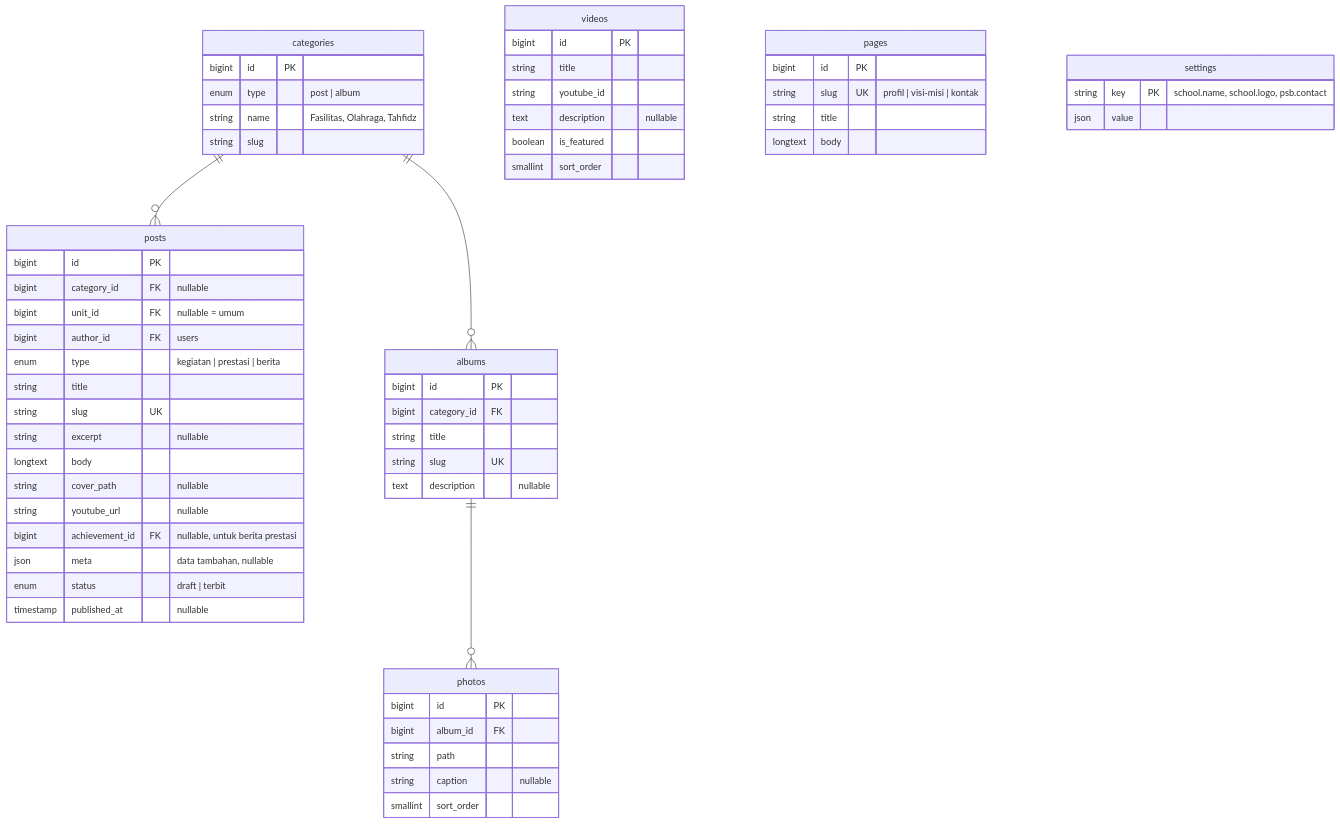
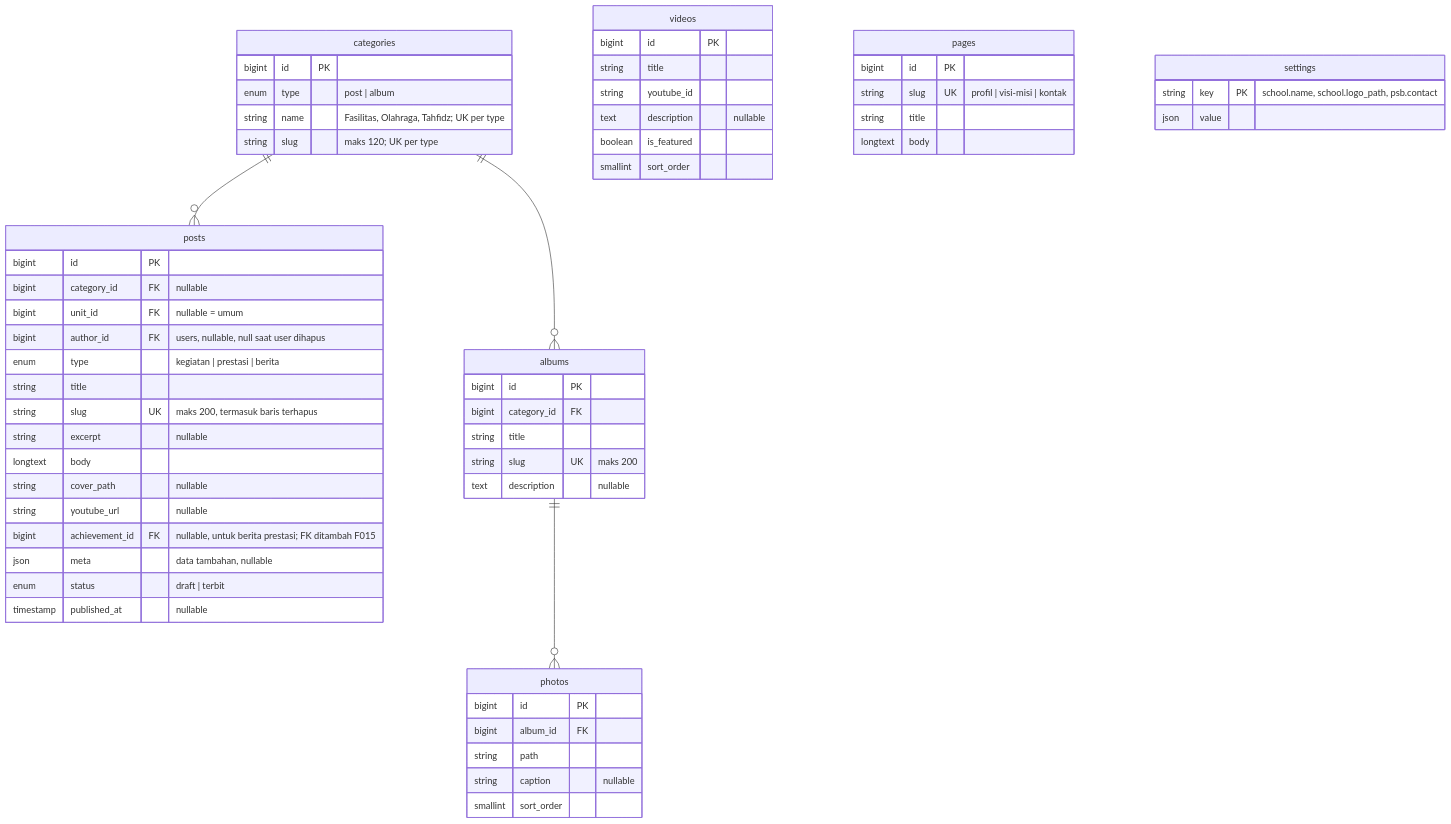
One commit to dankedev/pondok changed the tenth of 11 diagrams in docs/erd.md. Above: the diagram before and after it, drawn with Mermaid. The commit also changed other lines of this file and 2 other files, not shown here.

Commit message:
docs(konten): rencana F016 CMS konten

````diff
--- a/docs/erd.md
+++ b/docs/erd.md
@@ -727,62 +727,62 @@
 ```mermaid
 erDiagram
   categories {
     bigint id PK
     enum type "post | album"
-    string name "Fasilitas, Olahraga, Tahfidz"
-    string slug
+    string name "Fasilitas, Olahraga, Tahfidz; UK per type"
+    string slug "maks 120; UK per type"
   }
   posts {
     bigint id PK
     bigint category_id FK "nullable"
     bigint unit_id FK "nullable = umum"
-    bigint author_id FK "users"
+    bigint author_id FK "users, nullable, null saat user dihapus"
     enum type "kegiatan | prestasi | berita"
     string title
-    string slug UK
+    string slug UK "maks 200, termasuk baris terhapus"
     string excerpt "nullable"
     longtext body
     string cover_path "nullable"
     string youtube_url "nullable"
-    bigint achievement_id FK "nullable, untuk berita prestasi"
+    bigint achievement_id FK "nullable, untuk berita prestasi; FK ditambah F015"
     json meta "data tambahan, nullable"
     enum status "draft | terbit"
     timestamp published_at "nullable"
   }
   albums {
     bigint id PK
     bigint category_id FK
     string title
-    string slug UK
+    string slug UK "maks 200"
     text description "nullable"
   }
   photos {
     bigint id PK
     bigint album_id FK
     string path
     string caption "nullable"
     smallint sort_order
   }
   videos {
     bigint id PK
     string title
     string youtube_id
     text description "nullable"
     boolean is_featured
     smallint sort_order
   }
   pages {
     bigint id PK
     string slug UK "profil | visi-misi | kontak"
     string title
     longtext body
   }
   settings {
-    string key PK "school.name, school.logo, psb.contact"
+    string key PK "school.name, school.logo_path, psb.contact"
     json value
   }
   categories ||--o{ posts : ""
   categories ||--o{ albums : ""
   albums ||--o{ photos : ""
   
 ```
````
